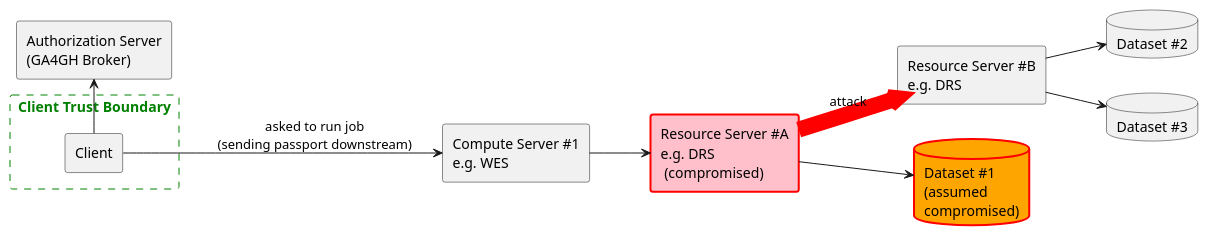
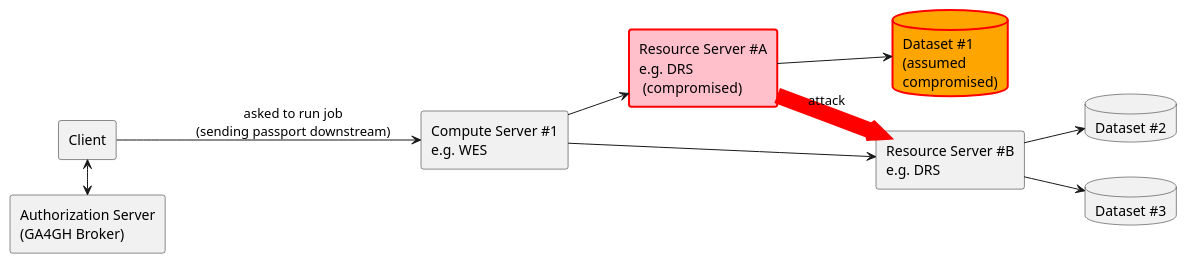
One commit to ga4gh/data-security changed the third of 3 diagrams in AAI/FAQ.md. Above: the diagram before and after it, drawn with PlantUML. The commit also changed other lines of this file, not shown here.

```diff
--- a/AAI/FAQ.md
+++ b/AAI/FAQ.md
@@ -417,26 +444,25 @@
 {% plantuml %}
 left to right direction
 
-rectangle "Client Trust Boundary" as clientboundary #white;line:green;line.dashed;text:green {
-  rectangle Client 
-}
+rectangle Client 
 rectangle "Compute Server #1\ne.g. WES" as Compute
 rectangle "Resource Server #A\ne.g. DRS\n (compromised)" as RSA #pink;line:red;line.bold
 rectangle "Resource Server #B\ne.g. DRS" as RSB
 rectangle "Authorization Server\n(GA4GH Broker)" as Auth
 database "Dataset #1\n(assumed\ncompromised)" as DS1 #orange;line:red;line.bold
 database "Dataset #2" as DS2
 database "Dataset #3" as DS3
 
-[Client] ---right---> [Auth]
+[Client] <---right---> [Auth]
 
 [RSA] --> [DS1]
 [RSB] --> [DS2]
 [RSB] --> [DS3]
 
 [Client] --> [Compute] : asked to run job\n(sending passport downstream)
 [Compute] --> [RSA]
+[Compute] --> [RSB]
 
 [RSA] -[#red,plain,thickness=16]-> [RSB] : attack
 
 {% endplantuml %}
```
